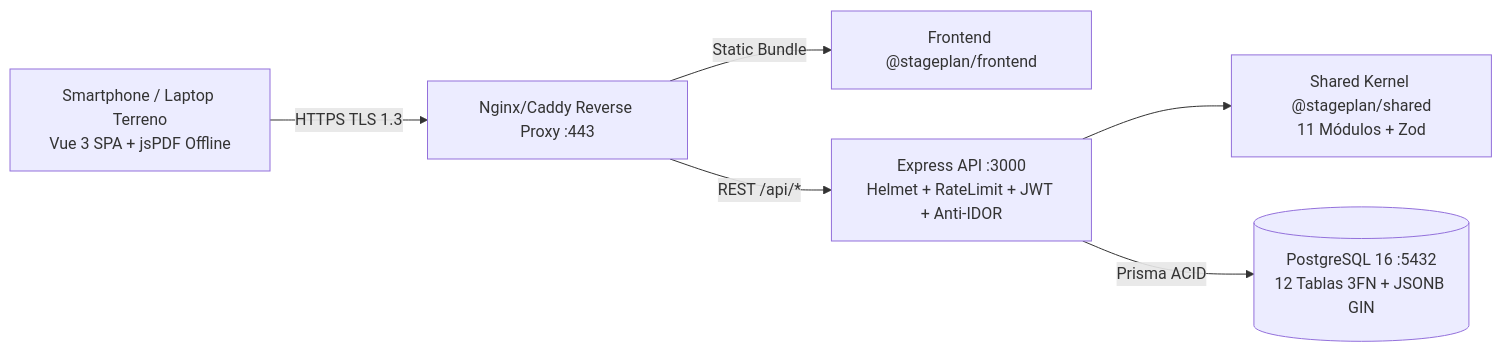
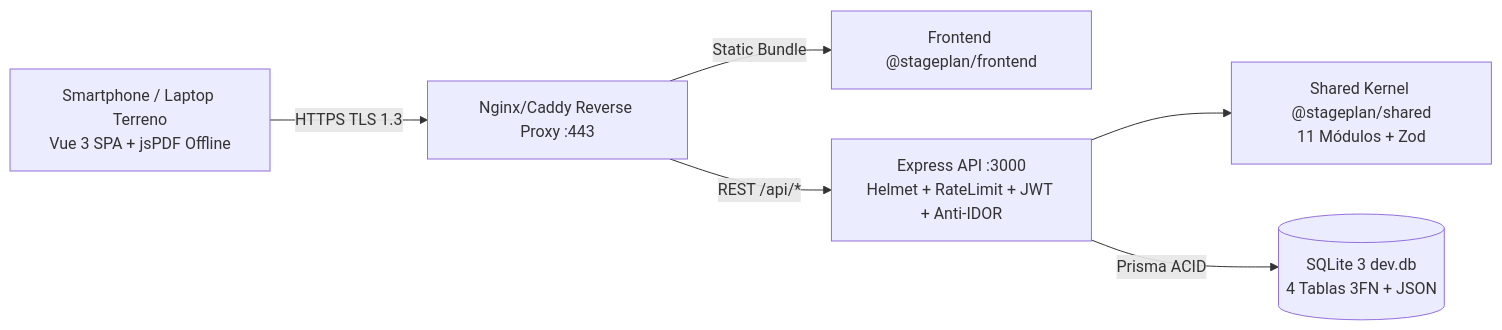
Before and after one commit to MauricioVega01/stage-plan: the first of 3 diagrams in INFORME_SUMATIVA_02_TIHV43_MAURICIO_VEGA.md, drawn with Mermaid. The commit also changed other lines of this file and 7 other files, not shown here.

````diff
--- a/INFORME_SUMATIVA_02_TIHV43_MAURICIO_VEGA.md
+++ b/INFORME_SUMATIVA_02_TIHV43_MAURICIO_VEGA.md
@@ -449,8 +448,8 @@
 ```mermaid
 flowchart LR
   C[Smartphone / Laptop Terreno<br/>Vue 3 SPA + jsPDF Offline] -->|HTTPS TLS 1.3| P[Nginx/Caddy Reverse Proxy :443]
   P -->|Static Bundle| F[Frontend @stageplan/frontend]
   P -->|REST /api/*| B[Express API :3000<br/>Helmet + RateLimit + JWT + Anti-IDOR]
   B --> S[Shared Kernel @stageplan/shared<br/>11 Módulos + Zod]
-  B -->|Prisma ACID| D[(PostgreSQL 16 :5432<br/>12 Tablas 3FN + JSONB GIN)]
+  B -->|Prisma ACID| D[(SQLite 3 dev.db<br/>4 Tablas 3FN + JSON)]
 ```
````
